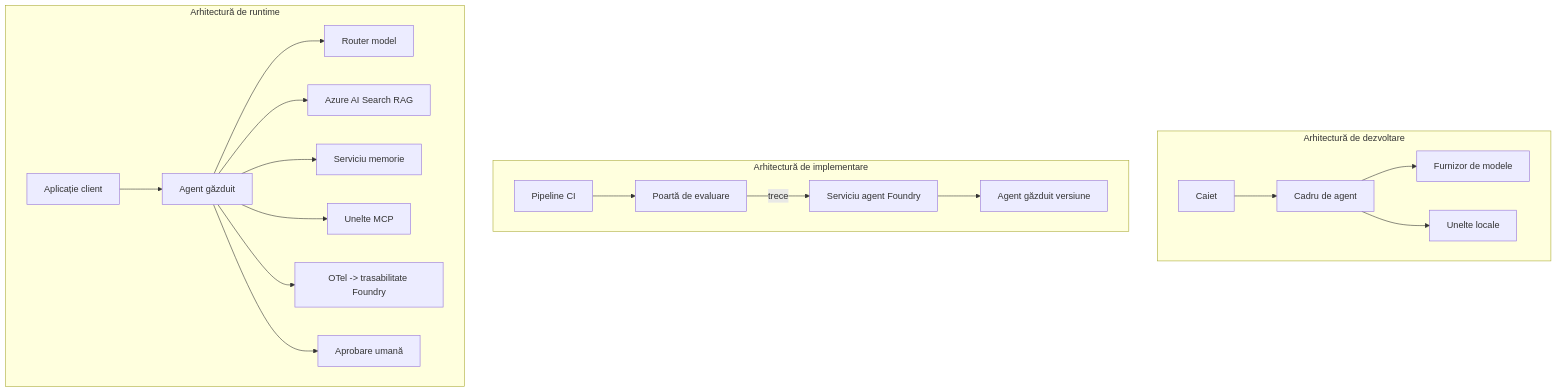
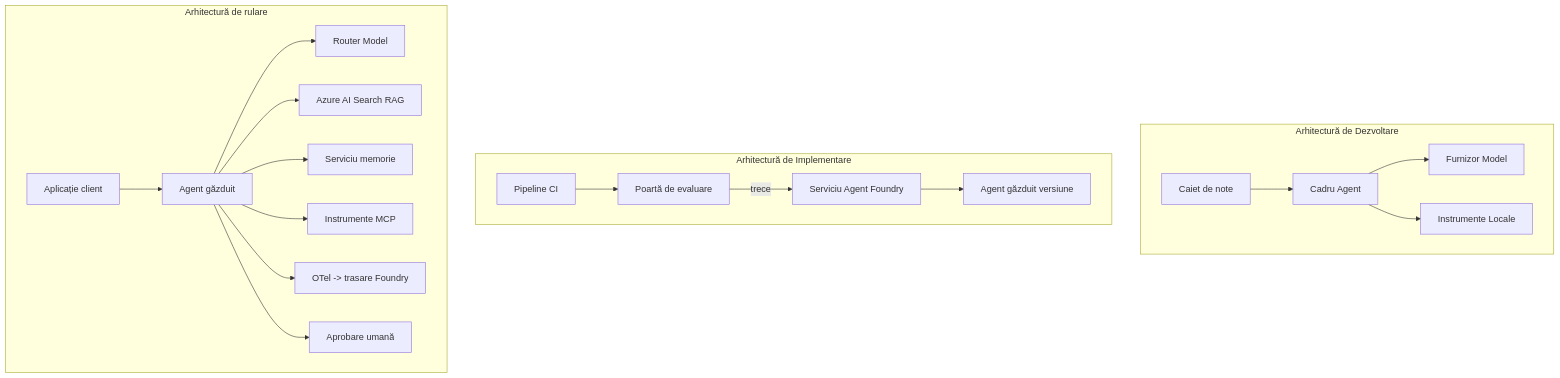
One commit to gabrielmoreira/agent-skills-mirror changed the fourth of 4 diagrams in mirrors/repos/microsoft@ai-agents-for-beginners/translations/ro/16-deploying-scalable-agents/README.md. Above: the diagram before and after it, drawn with Mermaid. The commit also changed other lines of this file and 4262 other files, not shown here.

````diff
--- a/mirrors/repos/microsoft@ai-agents-for-beginners/translations/ro/16-deploying-scalable-agents/README.md
+++ b/mirrors/repos/microsoft@ai-agents-for-beginners/translations/ro/16-deploying-scalable-agents/README.md
@@ -185,22 +185,22 @@
 ```mermaid
 flowchart TB
-    subgraph Dev[Arhitectură de dezvoltare]
-        D1[Caiet] --> D2[Cadru de agent]
-        D2 --> D3[Furnizor de modele]
-        D2 --> D4[Unelte locale]
+    subgraph Dev[Arhitectură de Dezvoltare]
+        D1[Caiet de note] --> D2[Cadru Agent]
+        D2 --> D3[Furnizor Model]
+        D2 --> D4[Instrumente Locale]
     end
-    subgraph Deploy[Arhitectură de implementare]
+    subgraph Deploy[Arhitectură de Implementare]
         E1[Pipeline CI] --> E2[Poartă de evaluare]
-        E2 -->|trece| E3[Serviciu agent Foundry]
+        E2 -->|trece| E3[Serviciu Agent Foundry]
         E3 --> E4[Agent găzduit versiune]
     end
-    subgraph Run[Arhitectură de runtime]
+    subgraph Run[Arhitectură de rulare]
         F1[Aplicație client] --> F2[Agent găzduit]
-        F2 --> F3[Router model]
+        F2 --> F3[Router Model]
         F2 --> F4[Azure AI Search RAG]
         F2 --> F5[Serviciu memorie]
-        F2 --> F6[Unelte MCP]
-        F2 --> F7[OTel -> trasabilitate Foundry]
+        F2 --> F6[Instrumente MCP]
+        F2 --> F7[OTel -> trasare Foundry]
         F2 --> F8[Aprobare umană]
     end
 ```
````
